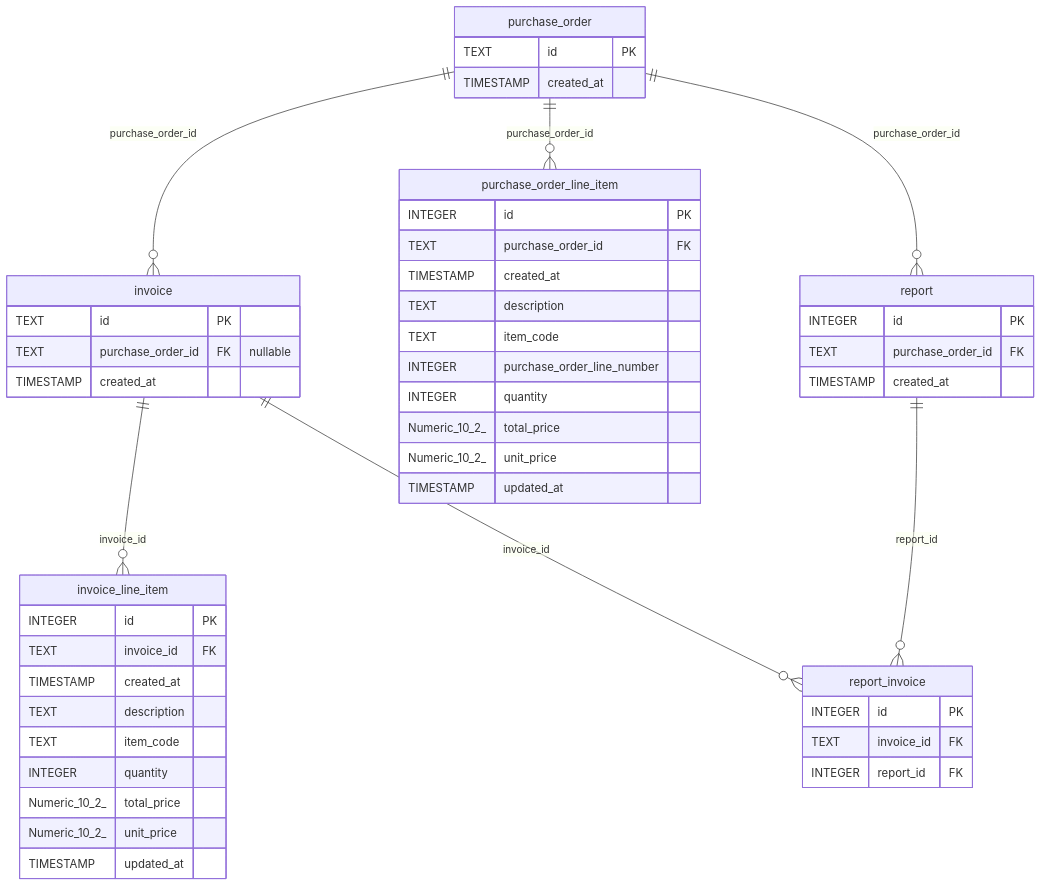
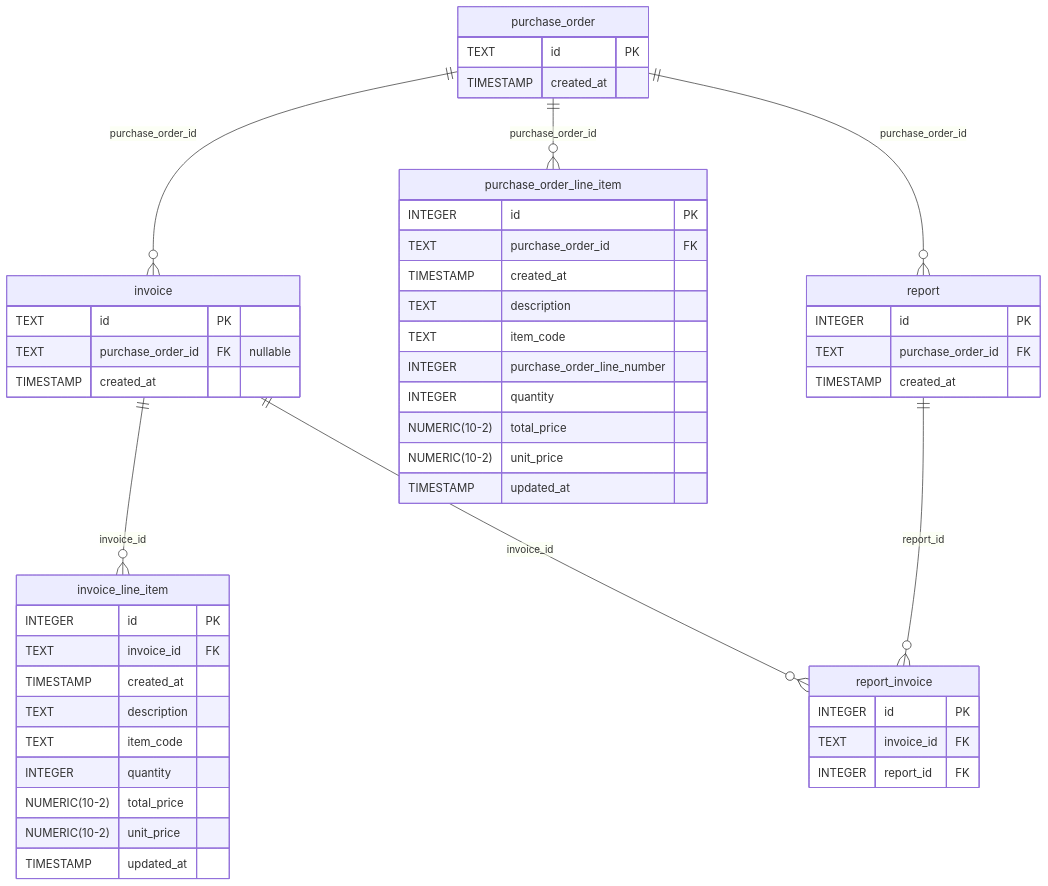
Before and after one commit to 0p3r4t0r/coding-challenge-file-ai: the diagram in README.md, drawn with Mermaid. The commit also changed other lines of this file and 3 other files, not shown here.

````diff
--- a/README.md
+++ b/README.md
@@ -46,58 +46,57 @@
 ```mermaid
 erDiagram
   invoice {
     TEXT id PK
     TEXT purchase_order_id FK "nullable"
     TIMESTAMP created_at
   }
 
   invoice_line_item {
     INTEGER id PK
     TEXT invoice_id FK
     TIMESTAMP created_at
     TEXT description
     TEXT item_code
     INTEGER quantity
-    Numeric_10_2_ total_price
-    Numeric_10_2_ unit_price
+    NUMERIC(10-2) total_price
+    NUMERIC(10-2) unit_price
     TIMESTAMP updated_at
   }
 
   purchase_order {
     TEXT id PK
     TIMESTAMP created_at
   }
 
   purchase_order_line_item {
     INTEGER id PK
     TEXT purchase_order_id FK
     TIMESTAMP created_at
     TEXT description
     TEXT item_code
     INTEGER purchase_order_line_number
     INTEGER quantity
-    Numeric_10_2_ total_price
-    Numeric_10_2_ unit_price
+    NUMERIC(10-2) total_price
+    NUMERIC(10-2) unit_price
     TIMESTAMP updated_at
   }
 
   report {
     INTEGER id PK
     TEXT purchase_order_id FK
     TIMESTAMP created_at
   }
 
   report_invoice {
     INTEGER id PK
     TEXT invoice_id FK
     INTEGER report_id FK
   }
 
   purchase_order ||--o{ invoice : purchase_order_id
   invoice ||--o{ invoice_line_item : invoice_id
   purchase_order ||--o{ purchase_order_line_item : purchase_order_id
   purchase_order ||--o{ report : purchase_order_id
   report ||--o{ report_invoice : report_id
   invoice ||--o{ report_invoice : invoice_id
-
 ```
````
